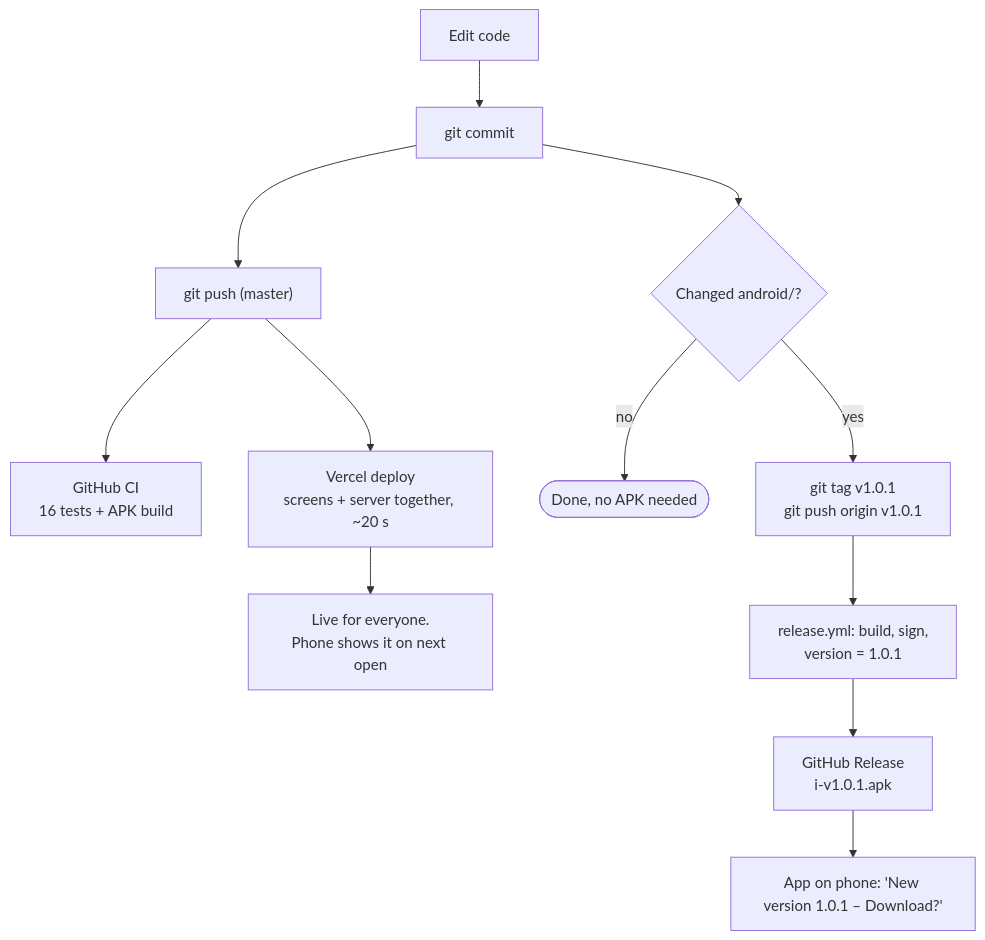
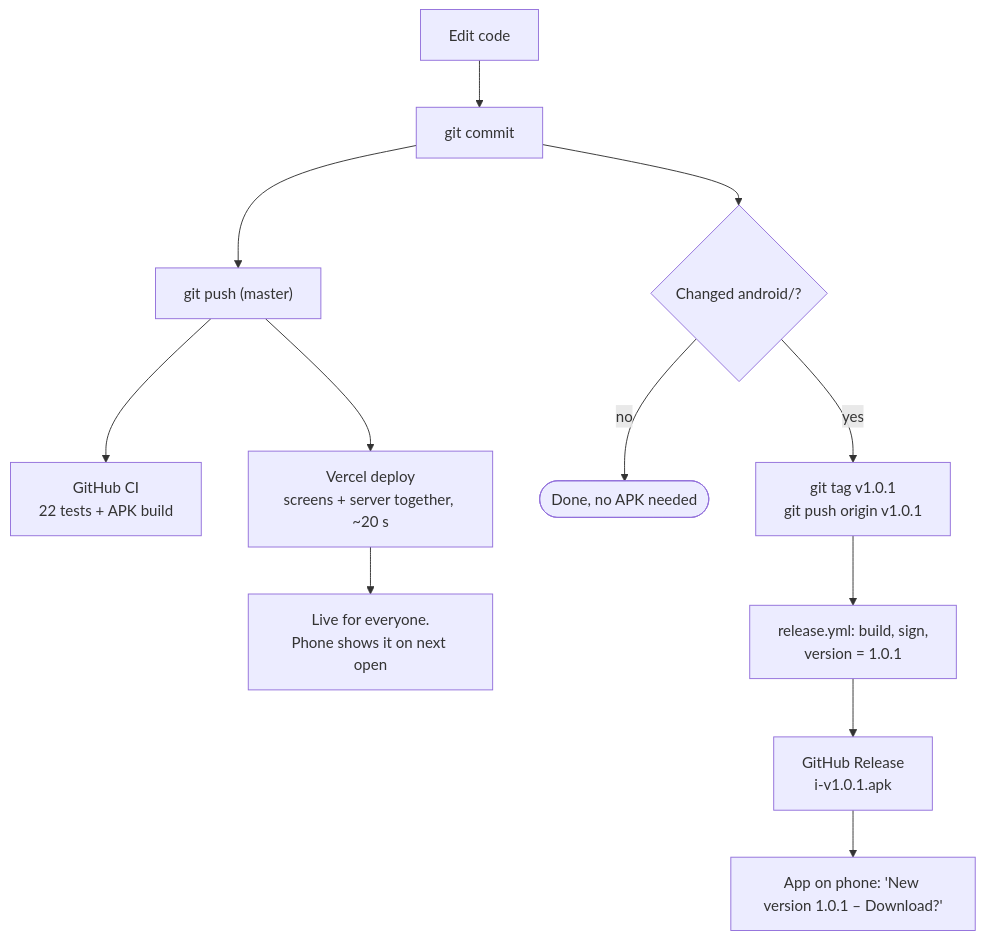
The fifth of 5 diagrams in README.md (itssinghankit/i), drawn with Mermaid before and after one commit. The commit also changed other lines of this file and 117 other files, not shown here.

````diff
--- a/README.md
+++ b/README.md
@@ -192,14 +218,14 @@
 ```mermaid
 flowchart TD
     E["Edit code"] --> C["git commit"]
     C --> P["git push (master)"]
-    P --> CI["GitHub CI<br/>16 tests + APK build"]
+    P --> CI["GitHub CI<br/>22 tests + APK build"]
     P --> V["Vercel deploy<br/>screens + server together, ~20 s"]
     V --> L["Live for everyone.<br/>Phone shows it on next open"]
     C --> Q{"Changed android/?"}
     Q -- "no" --> Done(["Done, no APK needed"])
     Q -- "yes" --> T["git tag v1.0.1<br/>git push origin v1.0.1"]
     T --> R["release.yml: build, sign,<br/>version = 1.0.1"]
     R --> GR["GitHub Release<br/>i-v1.0.1.apk"]
     GR --> U["App on phone: 'New version 1.0.1 – Download?'"]
 ```
````
